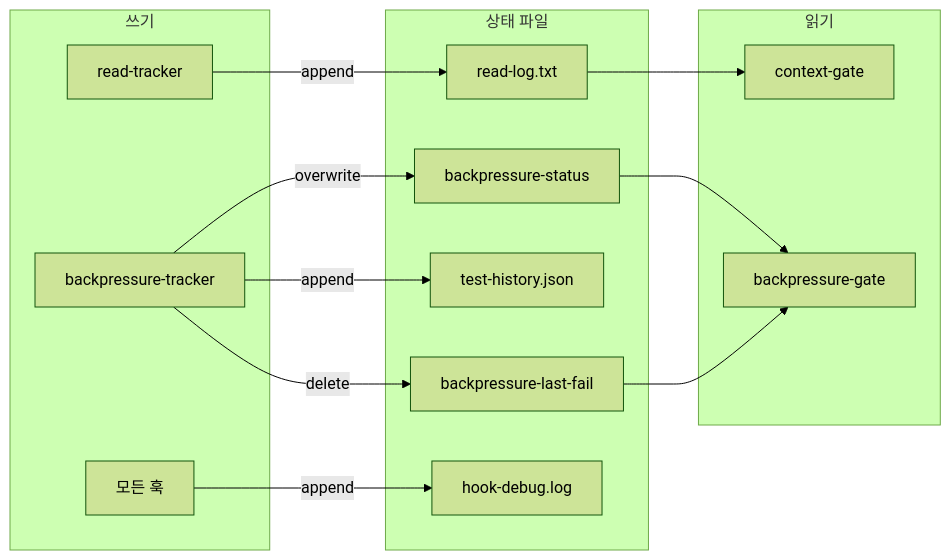
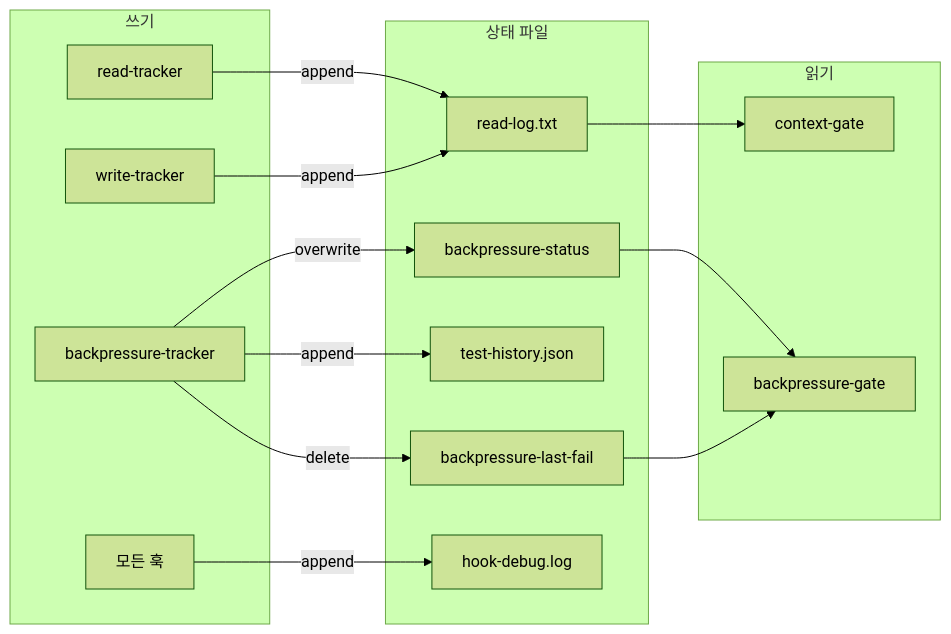
Before and after one commit to rae-hugo-kim/claude: the seventh of 7 diagrams in docs/architecture/harness-architecture.md, drawn with Mermaid (forest theme). The commit also changed other lines of this file and 9 other files, not shown here.

First line of the commit message:
fix(harness): add write-tracker so Write→Edit isn't falsely blocked (P1)

````diff
--- a/docs/architecture/harness-architecture.md
+++ b/docs/architecture/harness-architecture.md
@@ -326,31 +329,33 @@
 ```mermaid
 flowchart LR
     subgraph Writers["쓰기"]
         RT[read-tracker]
+        WT[write-tracker]
         BT[backpressure-tracker]
         ALL[모든 훅]
     end
 
     subgraph Files["상태 파일"]
         RL[read-log.txt]
         BS[backpressure-status]
         TH[test-history.json]
         BF[backpressure-last-fail]
         DL[hook-debug.log]
     end
 
     subgraph Readers["읽기"]
         CG[context-gate]
         BG[backpressure-gate]
     end
 
     RT -->|append| RL
+    WT -->|append| RL
     BT -->|overwrite| BS
     BT -->|append| TH
     BT -->|delete| BF
     ALL -->|append| DL
 
     RL --> CG
     BS --> BG
     BF --> BG
 ```
````
